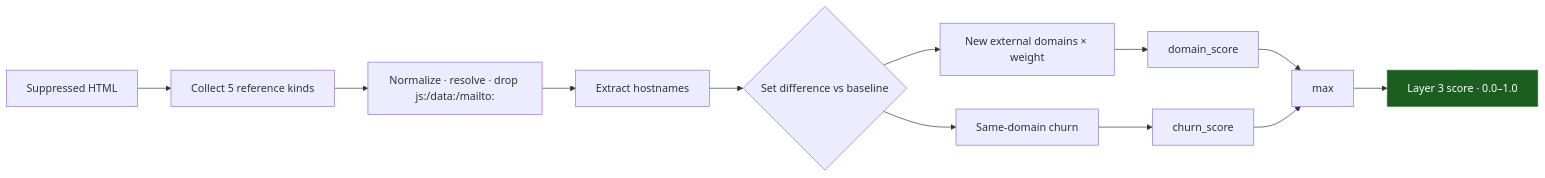
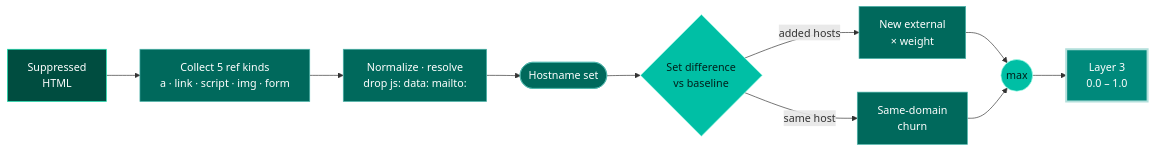
One commit to Ns81000/WARDRESS changed the diagram in docs/layers/3-link-audit.mdx. Above: the diagram before and after it, drawn with Mermaid. The commit also changed 10 other files, not shown here.

Commit message:
docs: add comprehensive documentation for the Wardress detection layers and system architecture.

````diff
--- a/docs/layers/3-link-audit.mdx
+++ b/docs/layers/3-link-audit.mdx
@@ -29,17 +29,16 @@
 ```mermaid
 flowchart LR
-    HTML[Suppressed HTML] --> EX[Collect 5 reference kinds]
-    EX --> NM[Normalize · resolve · drop js:/data:/mailto:]
-    NM --> DM[Extract hostnames]
-    DM --> SD{Set difference vs baseline}
-    SD --> ND[New external domains × weight]
-    SD --> CH[Same-domain churn]
-    ND --> SC[domain_score]
-    CH --> CS[churn_score]
-    SC --> MX[max]
-    CS --> MX
-    MX --> OUT[Layer 3 score · 0.0–1.0]
+    HTML["Suppressed<br/>HTML"]:::in --> EX["Collect 5 ref kinds<br/>a · link · script · img · form"]:::node
+    EX --> NM["Normalize · resolve<br/>drop js: data: mailto:"]:::node
+    NM --> DM(["Hostname set"]):::node
+    DM --> SD{"Set difference<br/>vs baseline"}:::pick
+    SD -->|"added hosts"| ND["New external<br/>× weight"]:::node
+    SD -->|"same host"| CH["Same-domain<br/>churn"]:::node
+    ND & CH --> MX(("max")):::pick
+    MX --> OUT["Layer 3<br/>0.0 – 1.0"]:::out
 
-    classDef out fill:#1b5e20,stroke:#2e7d32,color:#fff;
-    class OUT out;
+    classDef in fill:#004d40,stroke:#1de9b6,color:#fff;
+    classDef node fill:#00695c,stroke:#4db6ac,color:#fff;
+    classDef pick fill:#00bfa5,stroke:#a7ffeb,color:#00201b;
+    classDef out fill:#00897b,stroke:#b2dfdb,color:#fff,stroke-width:3px;
 ```
````
